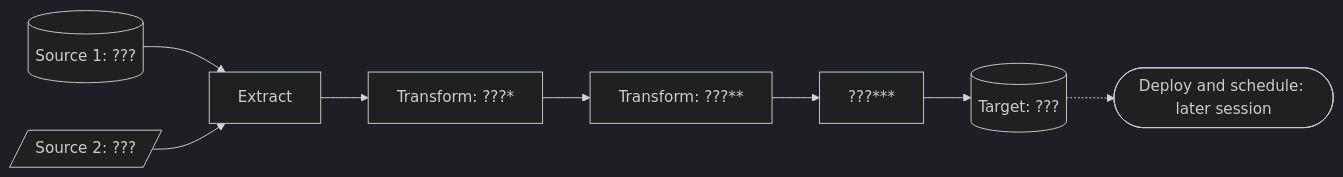
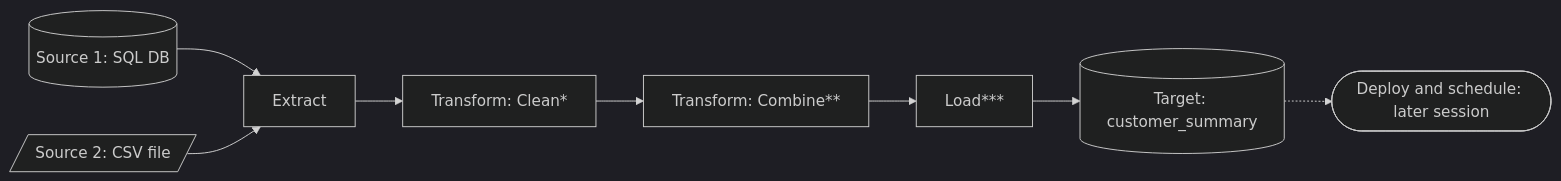
One commit to sari-3/ETL-and-pipelines changed the first of 4 diagrams in etl-activity-3.md. Above: the diagram before and after it, drawn with Mermaid (dark theme). The commit also changed other lines of this file and 2 other files, not shown here.

````diff
--- a/etl-activity-3.md
+++ b/etl-activity-3.md
@@ -22,10 +22,10 @@
 ```mermaid
 flowchart LR
-    S1[("Source 1: ???")] --> X["Extract"]
-    S2[/"Source 2: ???"/] --> X
-    X --> T1["Transform: ???*"]
-    T1 --> T2["Transform: ???**"]
-    T2 --> L["???***"]
-    L --> TGT[("Target: ???")]
+    S1[("Source 1: SQL DB")] --> X["Extract"]
+    S2[/"Source 2: CSV file"/] --> X
+    X --> T1["Transform: Clean*"]
+    T1 --> T2["Transform: Combine**"]
+    T2 --> L["Load***"]
+    L --> TGT[("Target: customer_summary")]
     TGT -.-> D(["Deploy and schedule: later session"])
 ```
````
